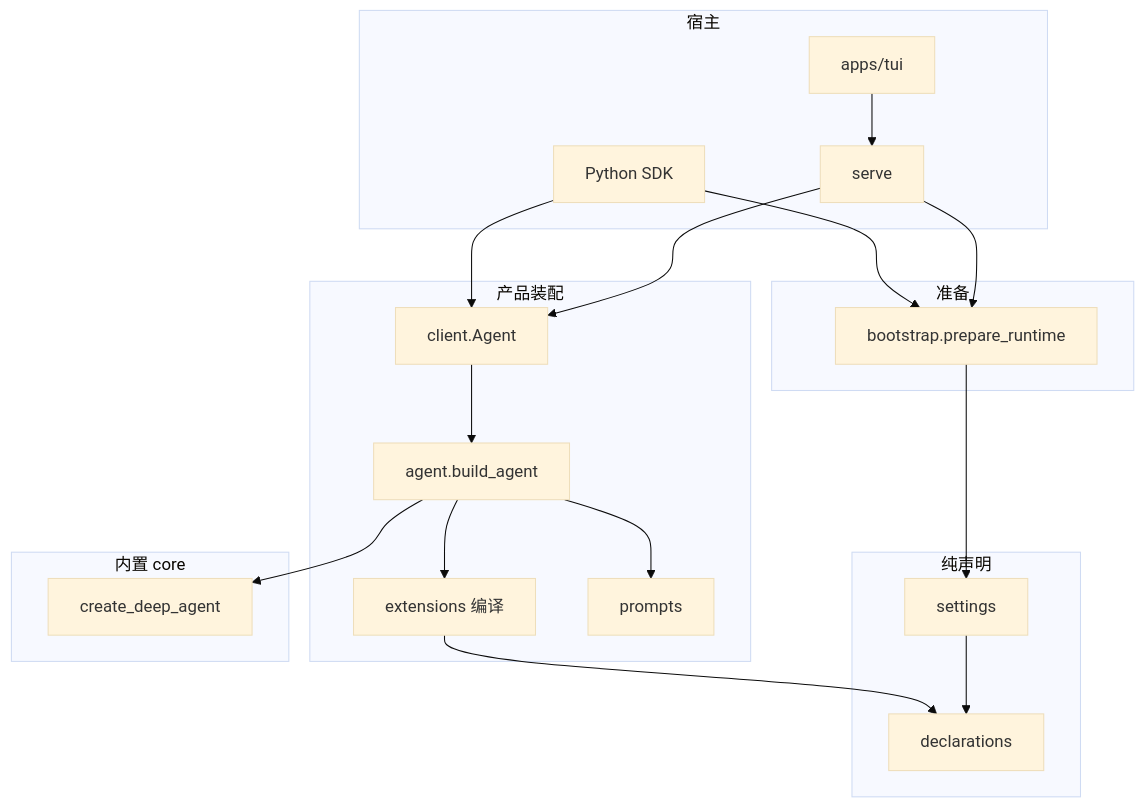
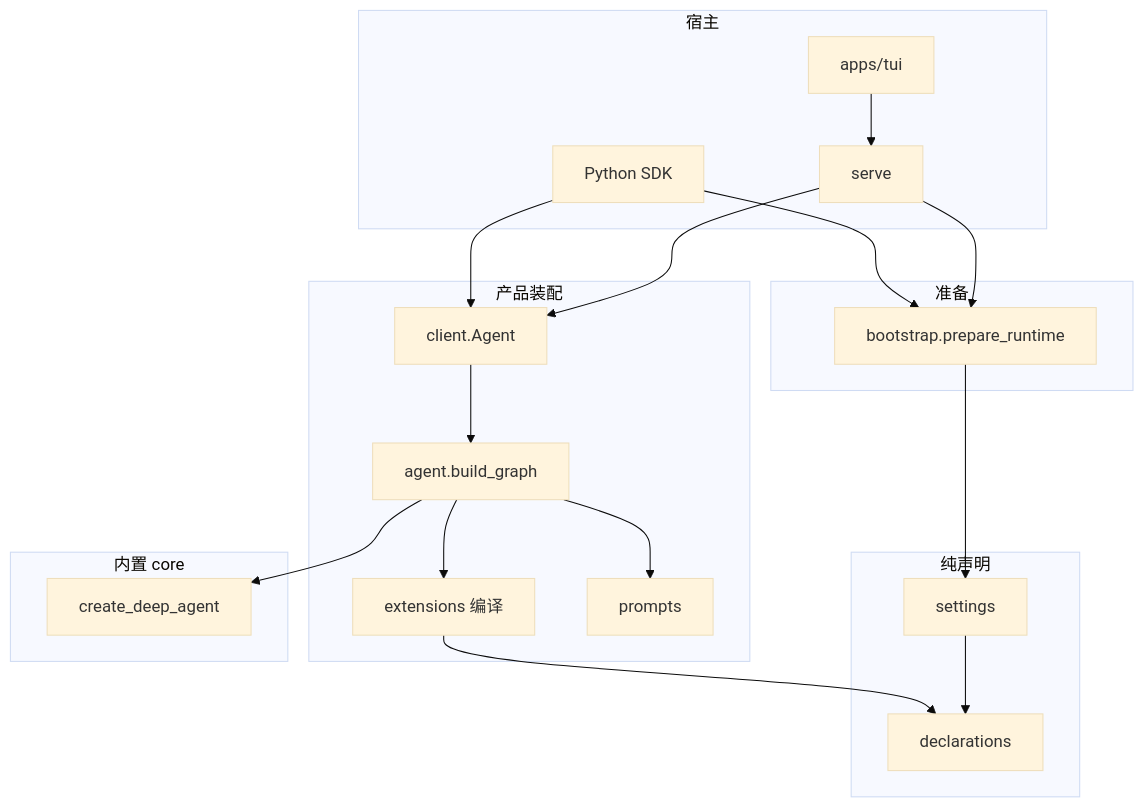
One commit to datagallery-ai/dataagent changed the diagram in runtime/agentkit/docs/architecture/overview.md. Above: the diagram before and after it, drawn with Mermaid (base theme). The commit also changed 103 other files, not shown here.

````diff
--- a/runtime/agentkit/docs/architecture/overview.md
+++ b/runtime/agentkit/docs/architecture/overview.md
@@ -5,36 +5,36 @@
 ```mermaid
 flowchart TB
   subgraph hosts [宿主]
     TUI[apps/tui]
     REST[serve]
     SDK[Python SDK]
   end
   subgraph product [产品装配]
     Client[client.Agent]
-    Agent[agent.build_agent]
+    Agent[agent.build_graph]
     Ext[extensions 编译]
     Prompt[prompts]
   end
   subgraph prep [准备]
     Boot[bootstrap.prepare_runtime]
   end
   subgraph contracts [纯声明]
     Settings[settings]
     Decl[declarations]
   end
   subgraph core [内置 core]
     Graph[create_deep_agent]
   end
   TUI --> REST
   REST --> Client
   SDK --> Client
   Client --> Agent
   Agent --> Ext
   Agent --> Prompt
   Agent --> Graph
   REST --> Boot
   SDK --> Boot
   Boot --> Settings
   Settings --> Decl
   Ext --> Decl
 ```
````
